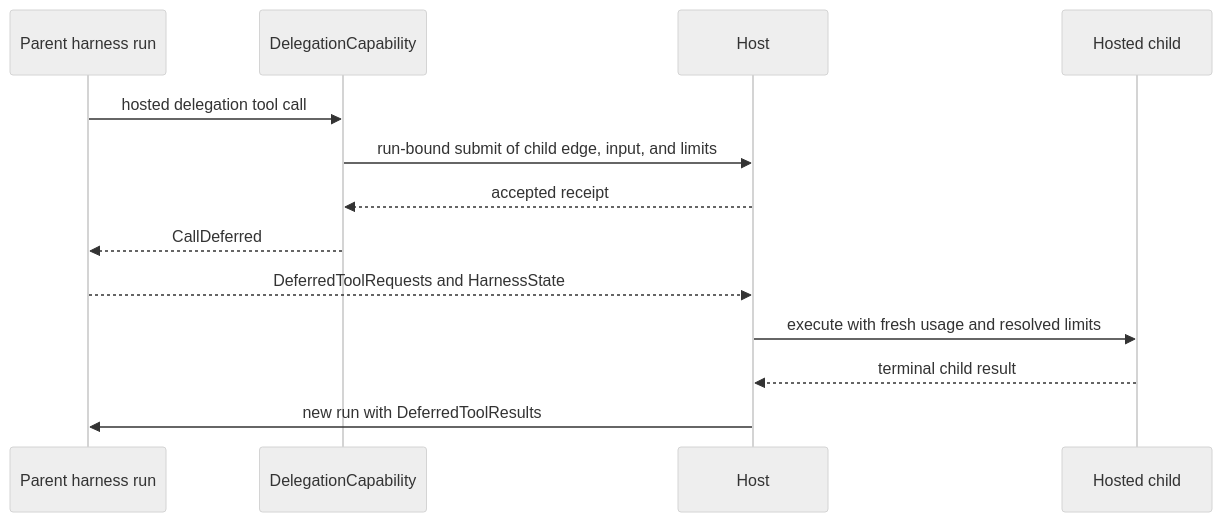
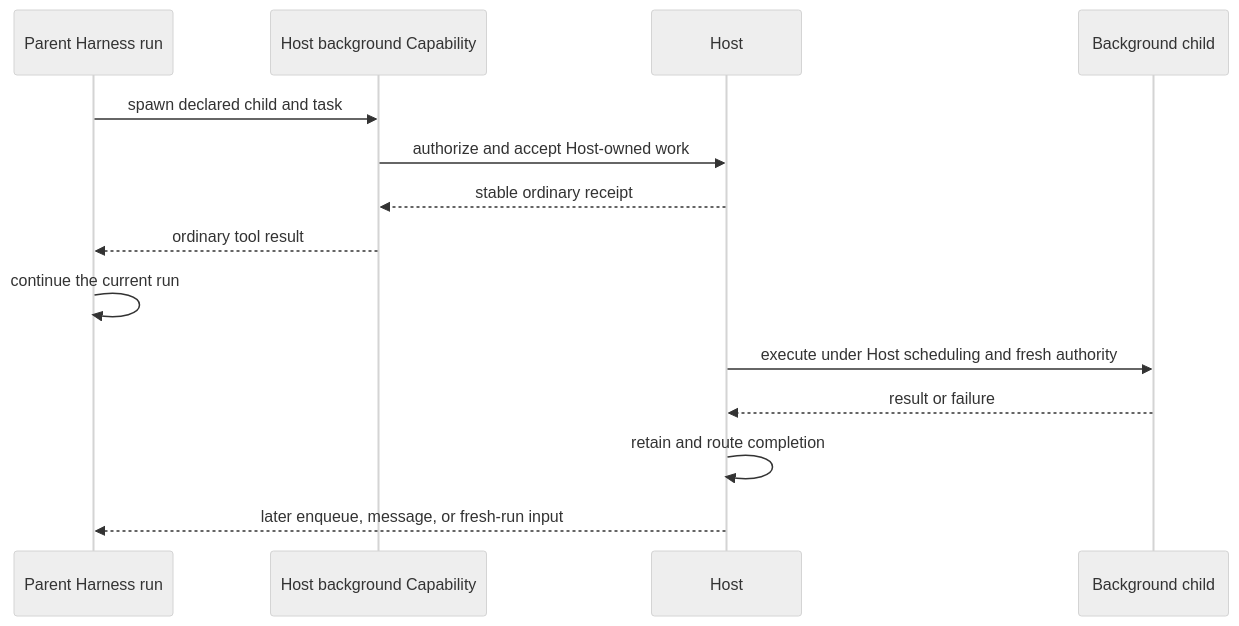
One commit to LTThreeComma/agent-foundation changed the second of 2 diagrams in spec/agent-harness/11-delegation-and-subagents.md. Above: the diagram before and after it, drawn with Mermaid (neutral theme). The commit also changed other lines of this file and 54 other files, not shown here.

````diff
--- a/spec/agent-harness/11-delegation-and-subagents.md
+++ b/spec/agent-harness/11-delegation-and-subagents.md
@@ -141,16 +213,17 @@
 ```mermaid
 sequenceDiagram
-    participant Parent as Parent harness run
-    participant Delegate as DelegationCapability
+    participant Parent as Parent Harness run
+    participant Capability as Host background Capability
     participant Host
-    participant Child as Hosted child
+    participant Child as Background child
 
-    Parent->>Delegate: hosted delegation tool call
-    Delegate->>Host: run-bound submit of child edge, input, and limits
-    Host-->>Delegate: accepted receipt
-    Delegate-->>Parent: CallDeferred
-    Parent-->>Host: DeferredToolRequests and HarnessState
-    Host->>Child: execute with fresh usage and resolved limits
-    Child-->>Host: terminal child result
-    Host->>Parent: new run with DeferredToolResults
+    Parent->>Capability: spawn declared child and task
+    Capability->>Host: authorize and accept Host-owned work
+    Host-->>Capability: stable ordinary receipt
+    Capability-->>Parent: ordinary tool result
+    Parent->>Parent: continue the current run
+    Host->>Child: execute under Host scheduling and fresh authority
+    Child-->>Host: result or failure
+    Host->>Host: retain and route completion
+    Host-->>Parent: later enqueue, message, or fresh-run input
 ```
````
